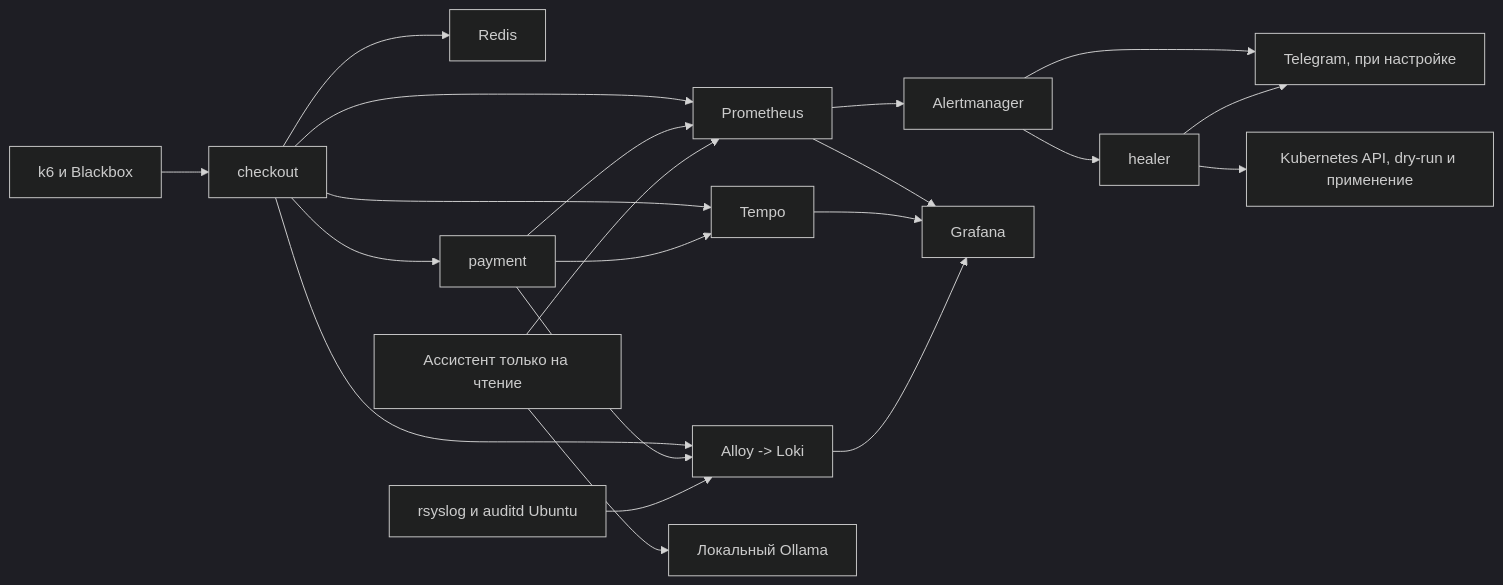
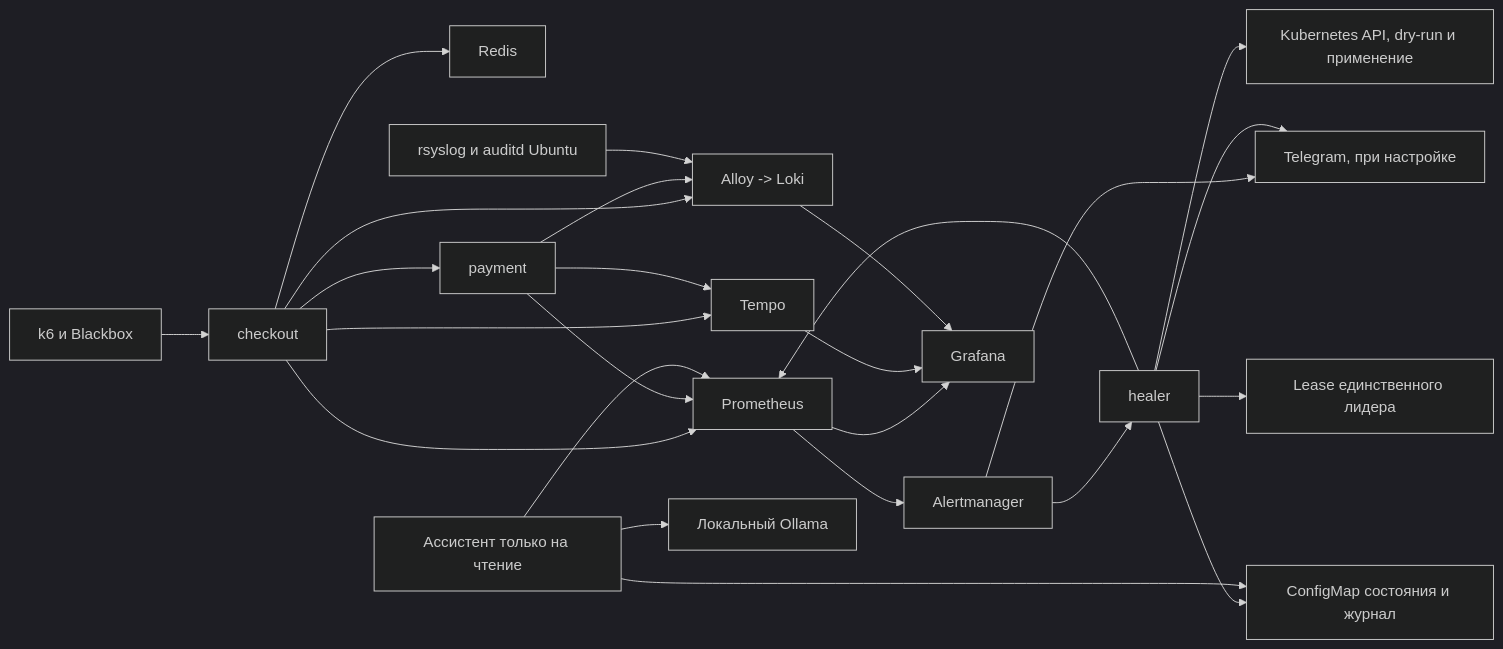
One commit to spasster/MTC-SRE changed the diagram in README.md. Above: the diagram before and after it, drawn with Mermaid (dark theme). The commit also changed other lines of this file, not shown here.

````diff
--- a/README.md
+++ b/README.md
@@ -19,23 +21,27 @@
 ```mermaid
 flowchart LR
   K[k6 и Blackbox] --> C[checkout]
   C --> R[Redis]
   C --> P[payment]
   C --> M[Prometheus]
   P --> M
   M --> A[Alertmanager]
   A --> H[healer]
   A --> G[Telegram, при настройке]
   H --> G
   H --> API[Kubernetes API, dry-run и применение]
+  H --> S[ConfigMap состояния и журнал]
+  H --> E[Lease единственного лидера]
+  H --> M
   C --> T[Tempo]
   P --> T
   C --> L[Alloy -> Loki]
   P --> L
   N[rsyslog и auditd Ubuntu] --> L
   M --> F[Grafana]
   T --> F
   L --> F
   Q[Ассистент только на чтение] --> M
   Q --> O[Локальный Ollama]
+  Q --> S
 ```
````
